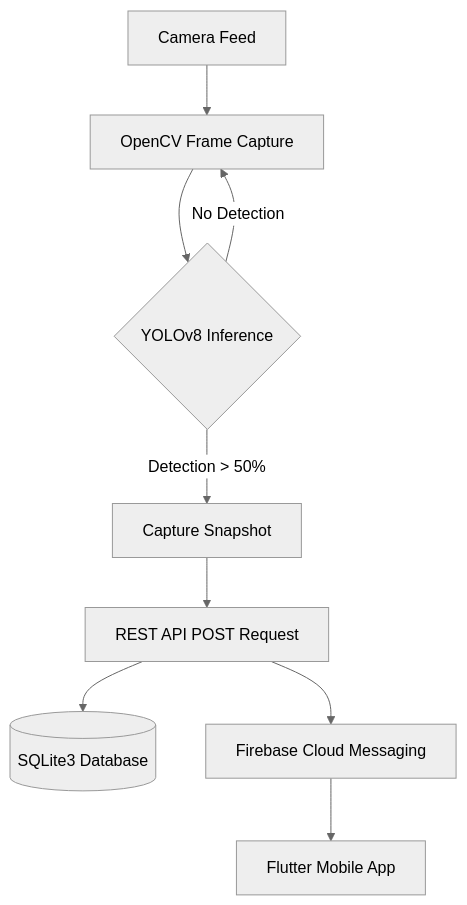
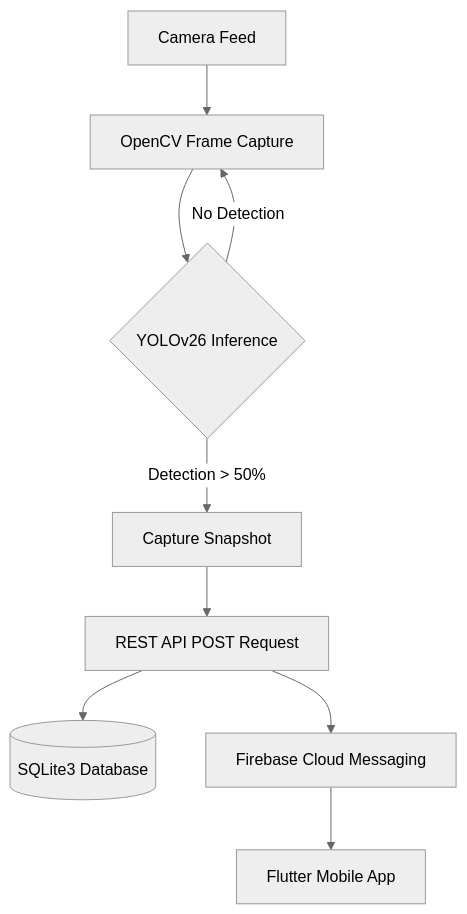
One commit to mostafaabdoelgohary2003AI/fireguard-graduation-project changed the first of 5 diagrams in docs/system_foundation_document.md. Above: the diagram before and after it, drawn with Mermaid (neutral theme). The commit also changed other lines of this file, not shown here.

````diff
--- a/docs/system_foundation_document.md
+++ b/docs/system_foundation_document.md
@@ -53,11 +53,11 @@
 ```mermaid
 graph TD
     A[Camera Feed] --> B[OpenCV Frame Capture]
-    B --> C{YOLOv8 Inference}
+    B --> C{YOLOv26 Inference}
     C -- Detection > 50% --> D[Capture Snapshot]
     C -- No Detection --> B
     D --> E[REST API POST Request]
     E --> F[(SQLite3 Database)]
     E --> G[Firebase Cloud Messaging]
     G --> H[Flutter Mobile App]
 ```
````
